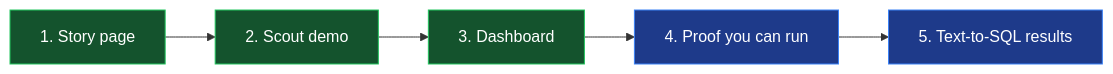
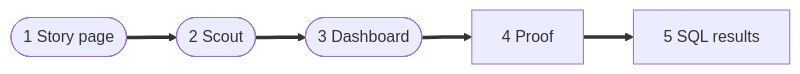
Before and after one commit to harshbhx/ratchet: the first of 2 diagrams in docs-site/src/content/docs/guides/for-judges.mdx, drawn with Mermaid. The commit also changed other lines of this file and 25 other files, not shown here.

````diff
--- a/docs-site/src/content/docs/guides/for-judges.mdx
+++ b/docs-site/src/content/docs/guides/for-judges.mdx
@@ -24,11 +32,7 @@
 ```mermaid
 flowchart LR
-  S1["1. Story page"] --> S2["2. Scout demo"]
-  S2 --> S3["3. Dashboard"]
-  S3 --> S4["4. Proof you can run"]
-  S4 --> S5["5. Text-to-SQL results"]
-  classDef live fill:#14532d,stroke:#22c55e,color:#fff
-  classDef docs fill:#1e3a8a,stroke:#3b82f6,color:#fff
-  class S1,S2,S3 live
-  class S4,S5 docs
+  S1(["1 Story page"]) ==> S2(["2 Scout"])
+  S2 ==> S3(["3 Dashboard"])
+  S3 ==> S4["4 Proof"]
+  S4 ==> S5["5 SQL results"]
 ```
````
